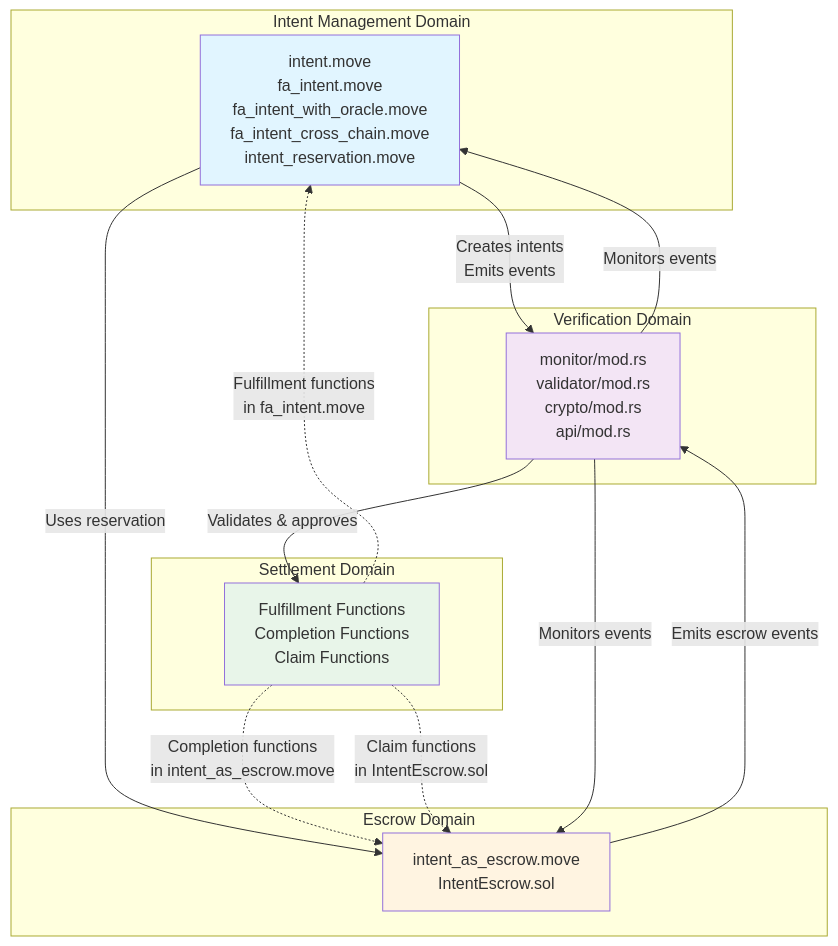
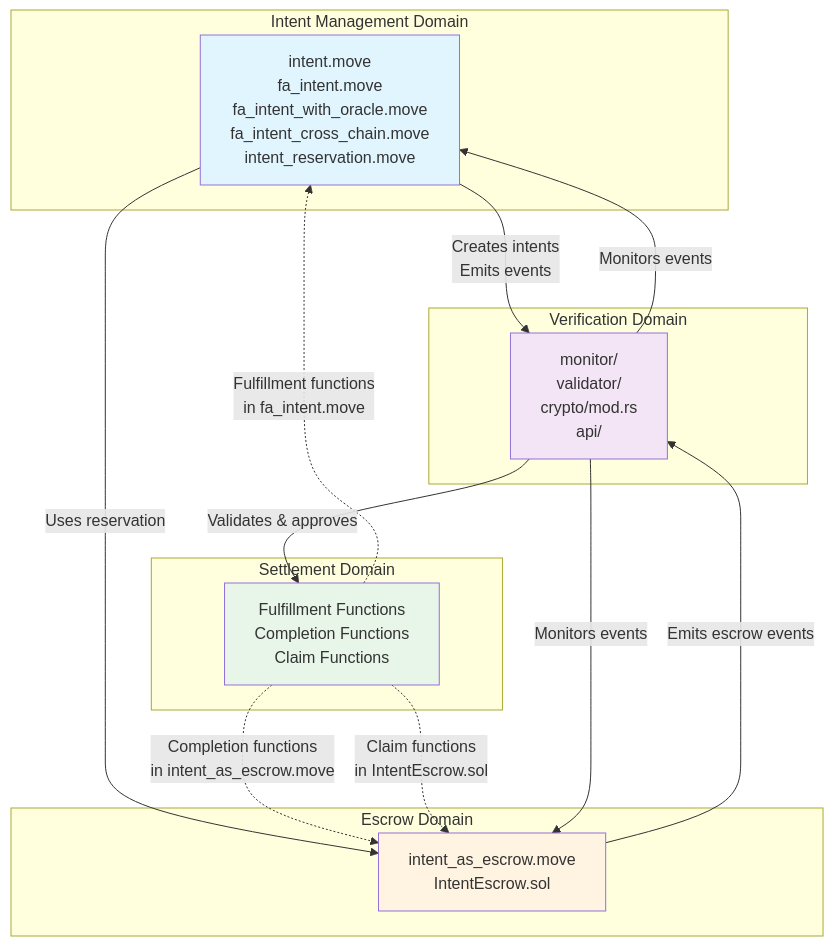
Before and after one commit to apenzk/int3nts: the second of 2 diagrams in .taskmaster/docs/architecture-component-mapping.md, drawn with Mermaid. The commit also changed other lines of this file and 220 other files, not shown here.

First line of the commit message:
feat: outflow intent flow for MVM and EVM connected chains (#25)

````diff
--- a/.taskmaster/docs/architecture-component-mapping.md
+++ b/.taskmaster/docs/architecture-component-mapping.md
@@ -57,33 +57,33 @@
 ```mermaid
 graph TB
     subgraph "Intent Management Domain"
         IM[intent.move<br/>fa_intent.move<br/>fa_intent_with_oracle.move<br/>fa_intent_cross_chain.move<br/>intent_reservation.move]
     end
     
     subgraph "Escrow Domain"
         EM[intent_as_escrow.move<br/>IntentEscrow.sol]
     end
     
     subgraph "Settlement Domain"
         SM[Fulfillment Functions<br/>Completion Functions<br/>Claim Functions]
     end
     
     subgraph "Verification Domain"
-        VM[monitor/mod.rs<br/>validator/mod.rs<br/>crypto/mod.rs<br/>api/mod.rs]
+        VM[monitor/<br/>validator/<br/>crypto/mod.rs<br/>api/]
     end
     
     IM -->|Creates intents<br/>Emits events| VM
     IM -->|Uses reservation| EM
     EM -->|Emits escrow events| VM
     SM -.->|Fulfillment functions<br/>in fa_intent.move| IM
     SM -.->|Completion functions<br/>in intent_as_escrow.move| EM
     SM -.->|Claim functions<br/>in IntentEscrow.sol| EM
     VM -->|Validates & approves| SM
     VM -->|Monitors events| IM
     VM -->|Monitors events| EM
     
     style IM fill:#e1f5ff
     style EM fill:#fff4e1
     style SM fill:#e8f5e9
     style VM fill:#f3e5f5
 ```
````
